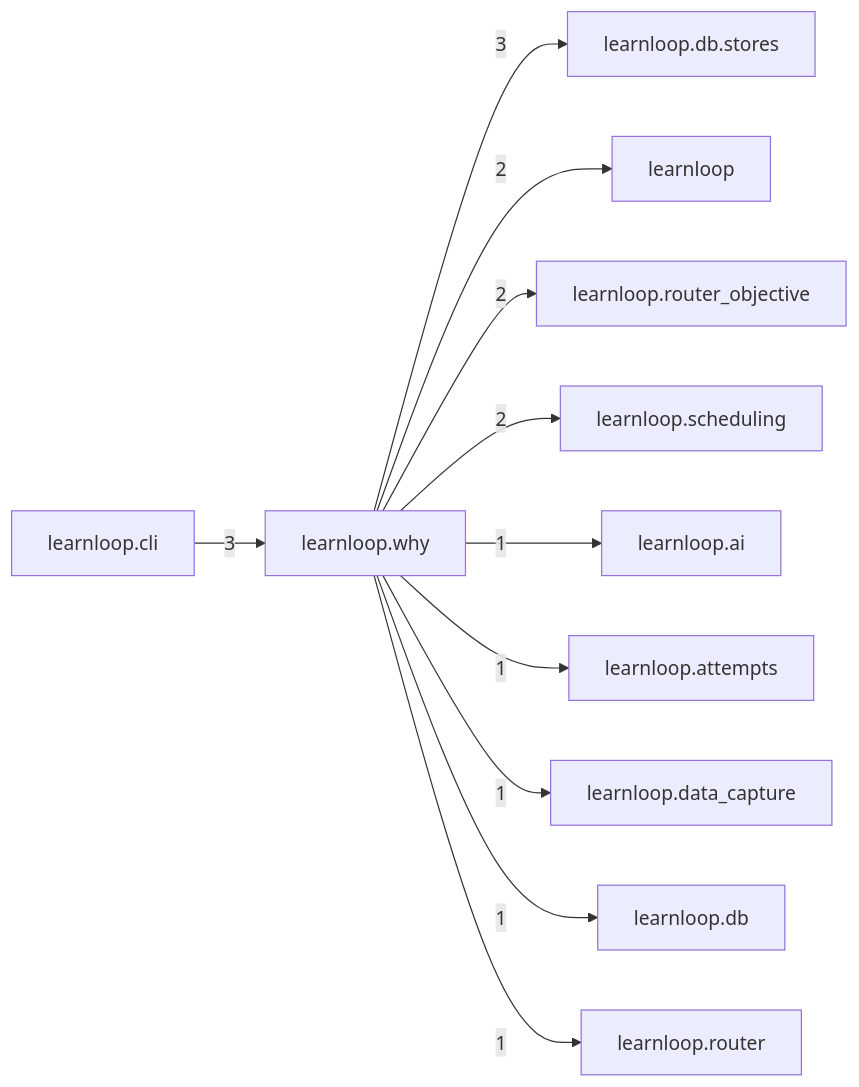
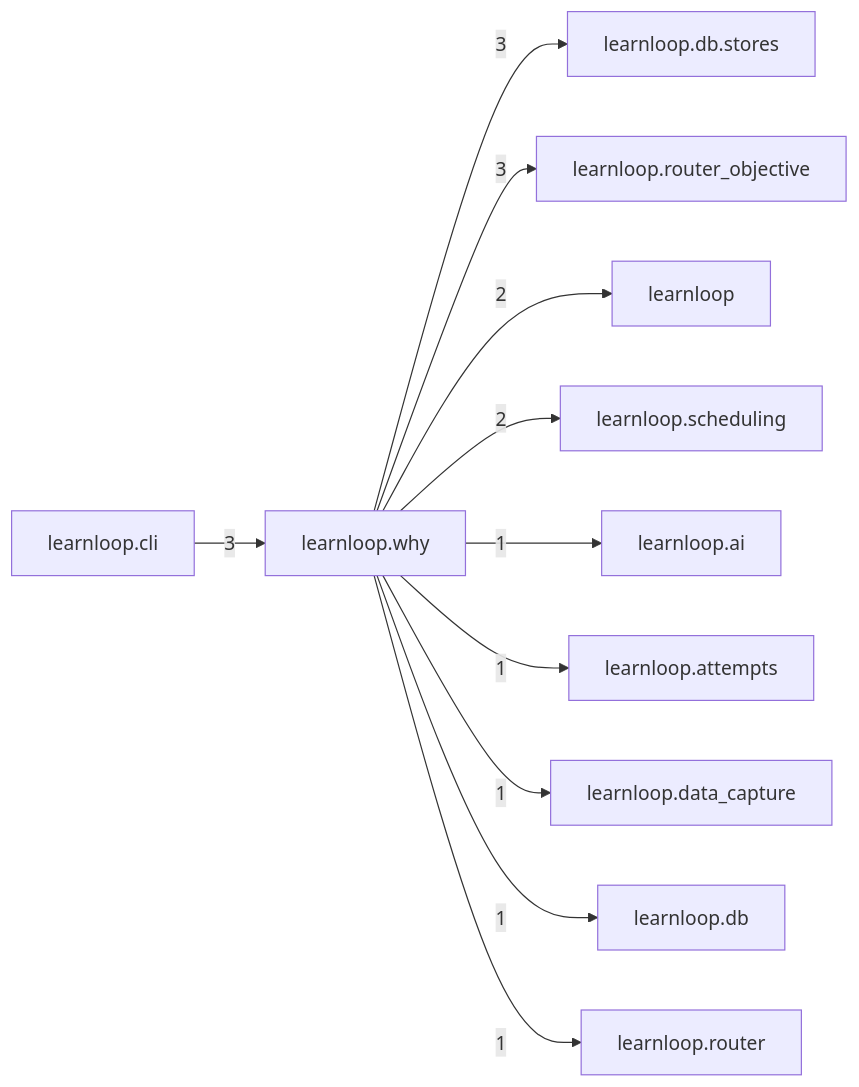
Before and after one commit to 6up-b/learnanything: the diagram in docs/learnloop-architecture-vault/Reference/Modules/learnloop/why/_package.md, drawn with Mermaid. The commit also changed other lines of this file and 44 other files, not shown here.

````diff
--- a/docs/learnloop-architecture-vault/Reference/Modules/learnloop/why/_package.md
+++ b/docs/learnloop-architecture-vault/Reference/Modules/learnloop/why/_package.md
@@ -77,24 +77,24 @@
 ```mermaid
 flowchart LR
     center["learnloop.why"]
     n_learnloop_cli["learnloop.cli"]
     n_learnloop_db_stores["learnloop.db.stores"]
+    n_learnloop_router_objective["learnloop.router_objective"]
     n_learnloop["learnloop"]
-    n_learnloop_router_objective["learnloop.router_objective"]
     n_learnloop_scheduling["learnloop.scheduling"]
     n_learnloop_ai["learnloop.ai"]
     n_learnloop_attempts["learnloop.attempts"]
     n_learnloop_data_capture["learnloop.data_capture"]
     n_learnloop_db["learnloop.db"]
     n_learnloop_router["learnloop.router"]
     n_learnloop_cli -->|3| center
     center -->|3| n_learnloop_db_stores
+    center -->|3| n_learnloop_router_objective
     center -->|2| n_learnloop
-    center -->|2| n_learnloop_router_objective
     center -->|2| n_learnloop_scheduling
     center -->|1| n_learnloop_ai
     center -->|1| n_learnloop_attempts
     center -->|1| n_learnloop_data_capture
     center -->|1| n_learnloop_db
     center -->|1| n_learnloop_router
 ```
````
